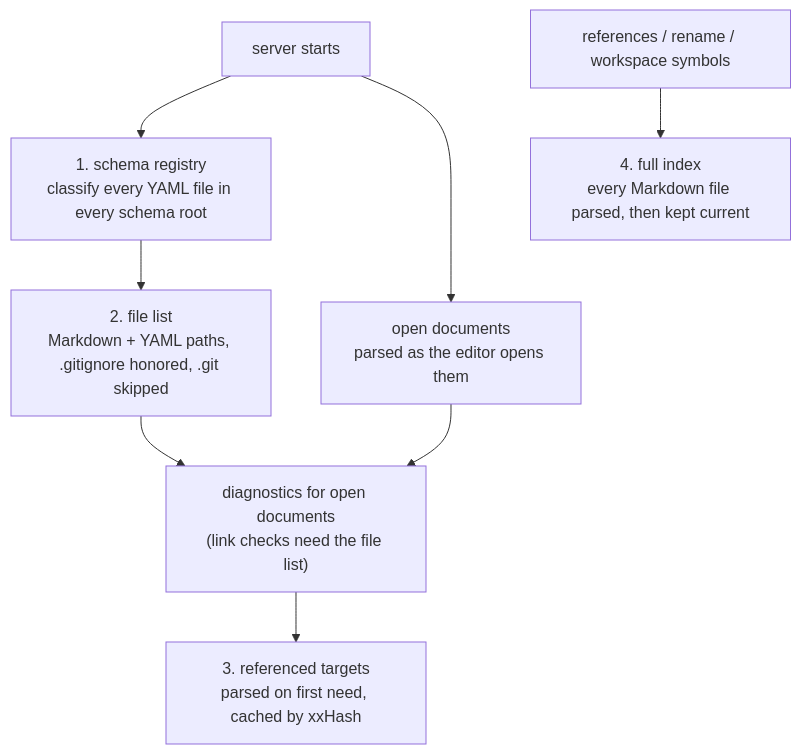
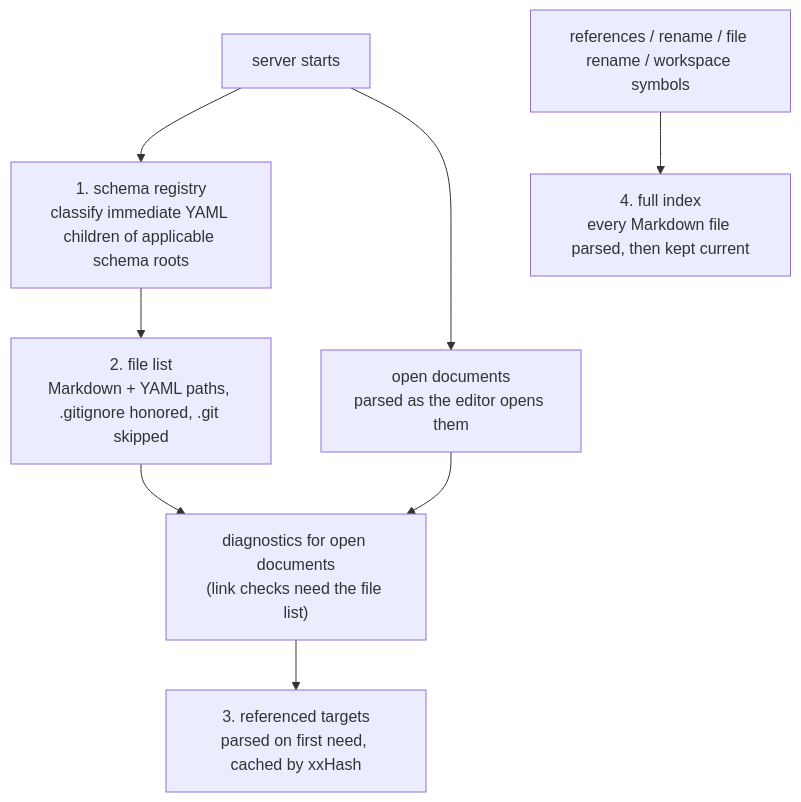
One commit to yankeeinlondon/rusty-biscuit changed the diagram in darkmatter/fixes/2026-10-17-logging-improvements/spec.md. Above: the diagram before and after it, drawn with Mermaid. The commit also changed other lines of this file and 2 other files, not shown here.

````diff
--- a/darkmatter/fixes/2026-10-17-logging-improvements/spec.md
+++ b/darkmatter/fixes/2026-10-17-logging-improvements/spec.md
@@ -189,10 +213,10 @@
 ```mermaid
 flowchart TD
-    S[server starts] --> R["1. schema registry<br/>classify every YAML file in every schema root"]
+    S[server starts] --> R["1. schema registry<br/>classify immediate YAML children of applicable schema roots"]
     S --> O["open documents<br/>parsed as the editor opens them"]
     R --> L["2. file list<br/>Markdown + YAML paths, .gitignore honored, .git skipped"]
     L --> D["diagnostics for open documents<br/>(link checks need the file list)"]
     O --> D
     D --> T["3. referenced targets<br/>parsed on first need, cached by xxHash"]
-    Q["references / rename / workspace symbols"] --> F["4. full index<br/>every Markdown file parsed, then kept current"]
+    Q["references / rename / file rename / workspace symbols"] --> F["4. full index<br/>every Markdown file parsed, then kept current"]
 ```
````
